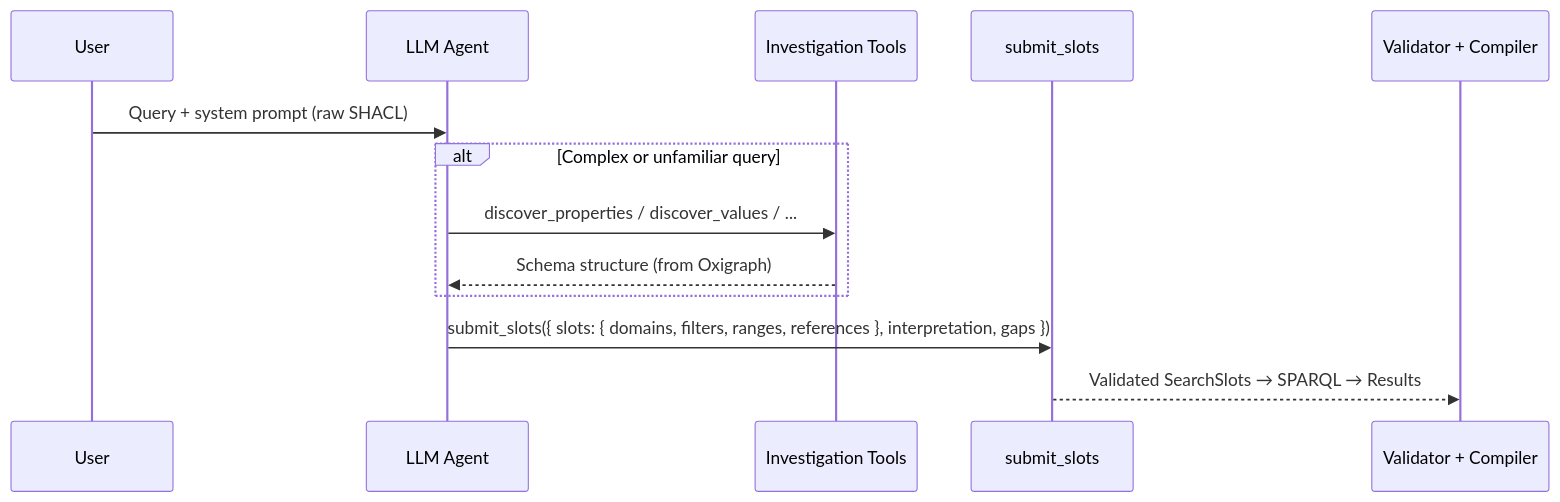
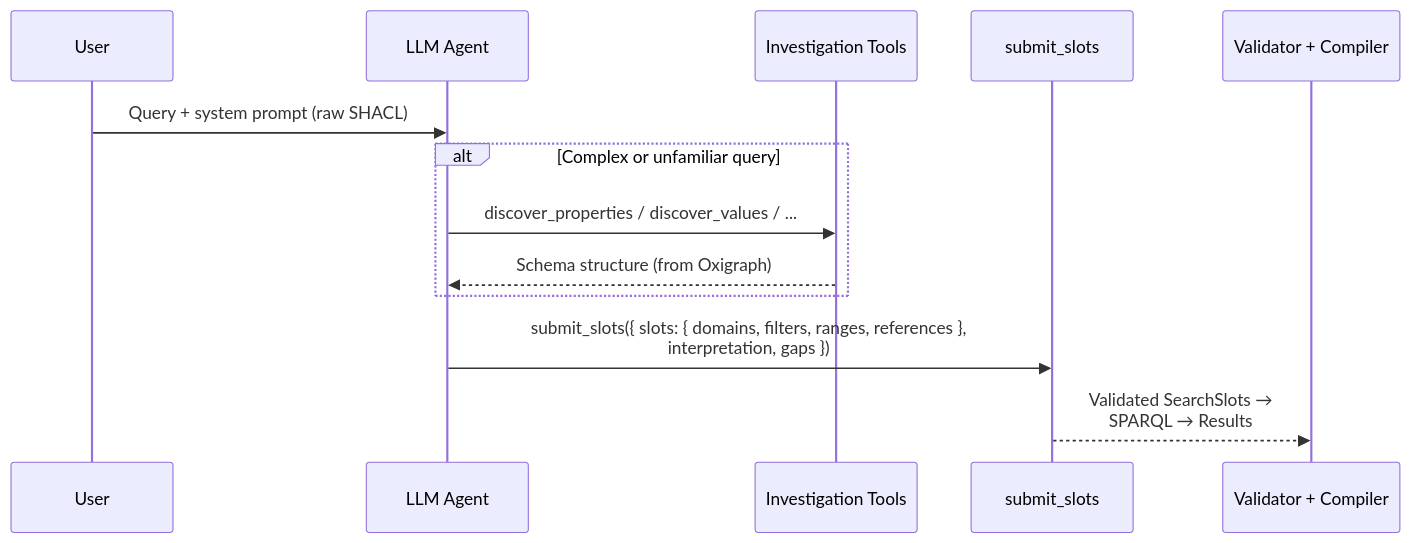
Before and after one commit to ASCS-eV/ontology-based-nl-search: the first of 3 diagrams in apps/docs/agent.md, drawn with Mermaid. The commit also changed other lines of this file and 4 other files, not shown here.

First line of the commit message:
docs: fix heading-anchor placement and crowded mermaid diagrams

````diff
--- a/apps/docs/agent.md
+++ b/apps/docs/agent.md
@@ -9,16 +9,16 @@
 ```mermaid
 sequenceDiagram
     participant U as User
     participant L as LLM Agent
     participant IT as Investigation Tools
     participant SS as submit_slots
     participant V as Validator + Compiler
 
     U->>L: Query + system prompt (raw SHACL)
     alt Complex or unfamiliar query
         L->>IT: discover_properties / discover_values / ...
         IT-->>L: Schema structure (from Oxigraph)
     end
-    L->>SS: submit_slots({ slots: { domains, filters, ranges, references }, interpretation, gaps })
-    SS-->>V: Validated SearchSlots → SPARQL → Results
+    L->>SS: submit_slots({ slots: { domains, filters, ranges, references },<br/>interpretation, gaps })
+    SS-->>V: Validated SearchSlots →<br/>SPARQL → Results
 ```
````
